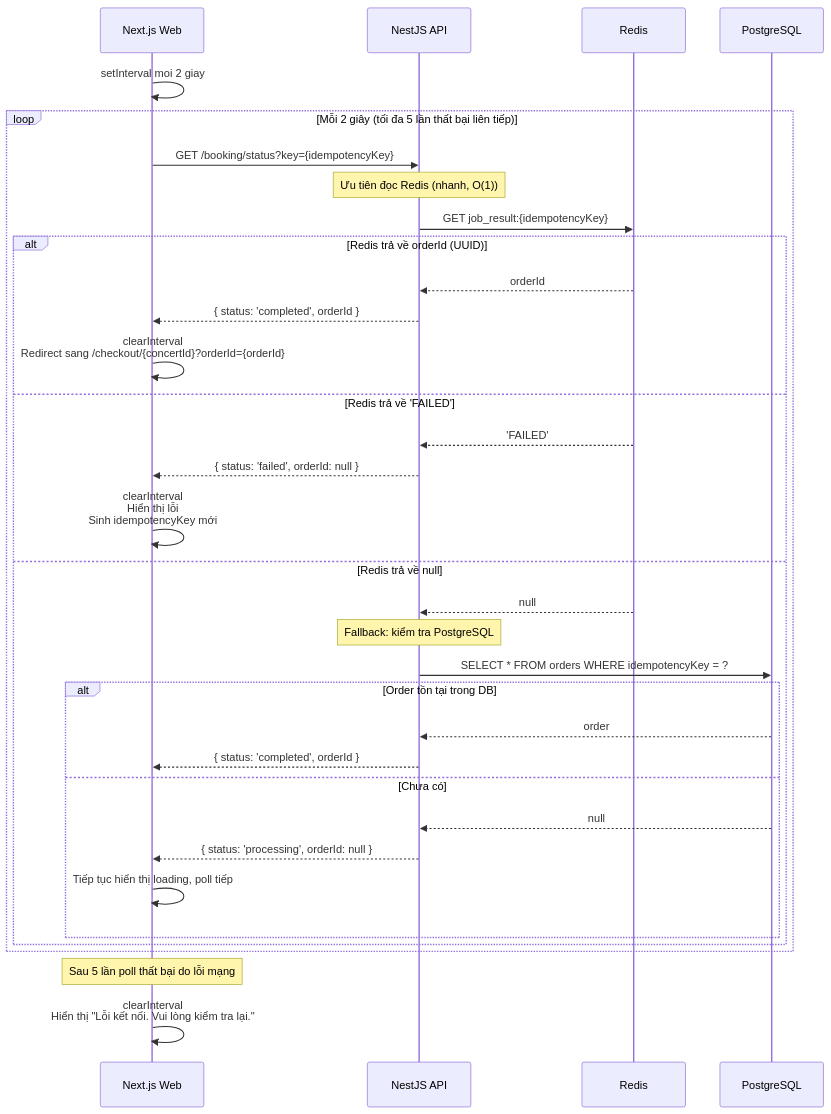
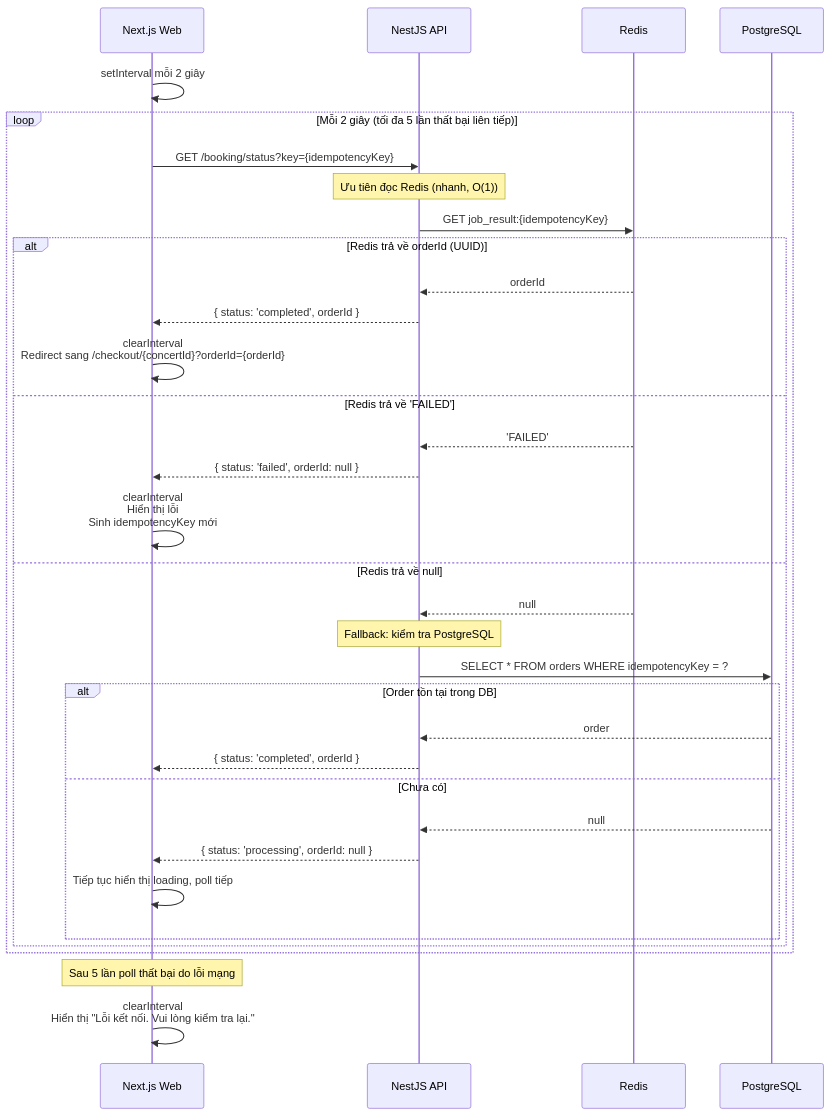
One commit to dorayakiiiiz/ticket-box changed the third of 6 diagrams in blueprint/specs/booking.md. Above: the diagram before and after it, drawn with Mermaid. The commit also changed other lines of this file and 3 other files, not shown here.

````diff
--- a/blueprint/specs/booking.md
+++ b/blueprint/specs/booking.md
@@ -221,42 +193,42 @@
 ```mermaid
 sequenceDiagram
     participant FE as Next.js Web
     participant BE as NestJS API
     participant R as Redis
     participant DB as PostgreSQL
 
-    FE->>FE: setInterval moi 2 giay
+    FE->>FE: setInterval mỗi 2 giây
 
     loop Mỗi 2 giây (tối đa 5 lần thất bại liên tiếp)
         FE->>BE: GET /booking/status?key={idempotencyKey}
 
         Note over BE: Ưu tiên đọc Redis (nhanh, O(1))
         BE->>R: GET job_result:{idempotencyKey}
 
         alt Redis trả về orderId (UUID)
             R-->>BE: orderId
             BE-->>FE: { status: 'completed', orderId }
             FE->>FE: clearInterval<br/>Redirect sang /checkout/{concertId}?orderId={orderId}
         else Redis trả về 'FAILED'
             R-->>BE: 'FAILED'
             BE-->>FE: { status: 'failed', orderId: null }
             FE->>FE: clearInterval<br/>Hiển thị lỗi<br/>Sinh idempotencyKey mới
         else Redis trả về null
             R-->>BE: null
 
             Note over BE: Fallback: kiểm tra PostgreSQL
             BE->>DB: SELECT * FROM orders WHERE idempotencyKey = ?
             alt Order tồn tại trong DB
                 DB-->>BE: order
                 BE-->>FE: { status: 'completed', orderId }
             else Chưa có
                 DB-->>BE: null
                 BE-->>FE: { status: 'processing', orderId: null }
                 FE->>FE: Tiếp tục hiển thị loading, poll tiếp
             end
         end
     end
 
     Note over FE: Sau 5 lần poll thất bại do lỗi mạng
     FE->>FE: clearInterval<br/>Hiển thị "Lỗi kết nối. Vui lòng kiểm tra lại."
 ```
````
